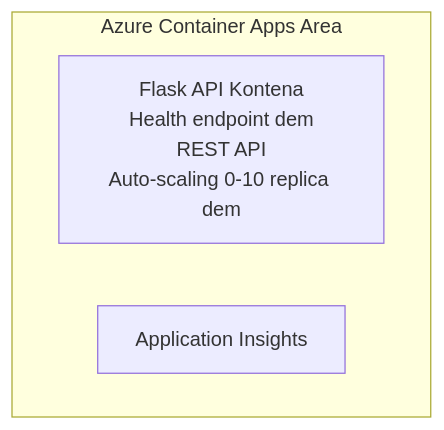
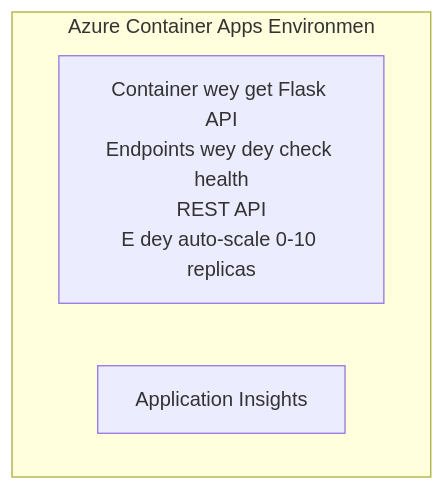
The diagram in translations/pcm/examples/container-app/simple-flask-api/README.md (microsoft/AZD-for-beginners), drawn with Mermaid before and after one commit. The commit also changed other lines of this file and 104 other files, not shown here.

````diff
--- a/translations/pcm/examples/container-app/simple-flask-api/README.md
+++ b/translations/pcm/examples/container-app/simple-flask-api/README.md
@@ -26,7 +26,7 @@
 ```mermaid
 graph TD
-    subgraph ACA[Azure Container Apps Area]
-        Flask[Flask API Kontena<br/>Health endpoint dem<br/>REST API<br/>Auto-scaling 0-10 replica dem]
+    subgraph ACA[Azure Container Apps Environmen]
+        Flask[Container wey get Flask API<br/>Endpoints wey dey check health<br/>REST API<br/>E dey auto-scale 0-10 replicas]
         AppInsights[Application Insights]
     end
 ```
````
